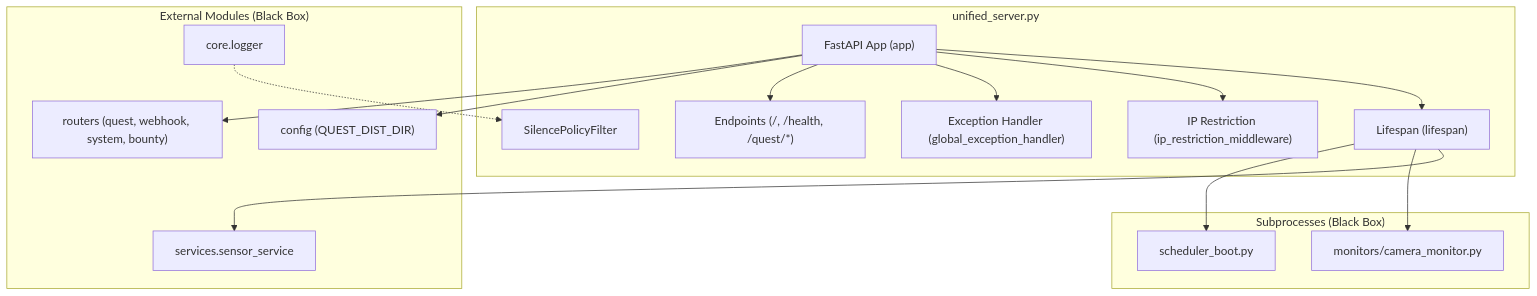
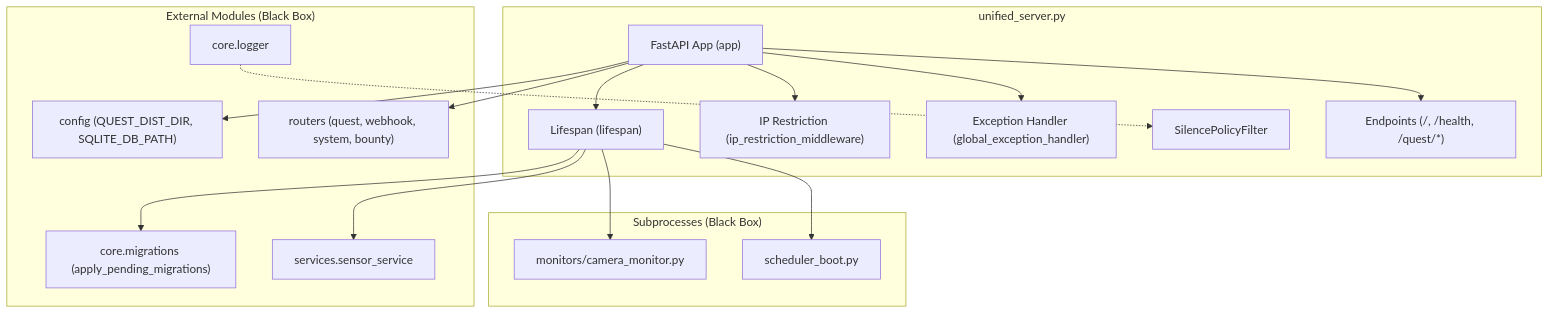
The second of 2 diagrams in docs/specifications/MY_HOME_SYSTEM/unified_server.md (mmtigers/my_python_project), drawn with Mermaid before and after one commit. The commit also changed other lines of this file and 8 other files, not shown here.

````diff
--- a/docs/specifications/MY_HOME_SYSTEM/unified_server.md
+++ b/docs/specifications/MY_HOME_SYSTEM/unified_server.md
@@ -277,38 +280,40 @@
 ```mermaid
 graph TD
     subgraph "unified_server.py"
         App["FastAPI App (app)"]
         Lifespan["Lifespan (lifespan)"]
         Middleware["IP Restriction (ip_restriction_middleware)"]
         ExceptionH["Exception Handler (global_exception_handler)"]
         LogFilter["SilencePolicyFilter"]
         Endpoints["Endpoints (/, /health, /quest/*)"]
     end
 
     App --> Lifespan
     App --> Middleware
     App --> ExceptionH
     App --> Endpoints
 
     subgraph "External Modules (Black Box)"
-        Config["config (QUEST_DIST_DIR)"]
+        Config["config (QUEST_DIST_DIR, SQLITE_DB_PATH)"]
         Logger["core.logger"]
+        Migrations["core.migrations (apply_pending_migrations)"]
         Sensors["services.sensor_service"]
         Routers["routers (quest, webhook, system, bounty)"]
     end
 
     subgraph "Subprocesses (Black Box)"
         Camera["monitors/camera_monitor.py"]
         Scheduler["scheduler_boot.py"]
     end
 
     App --> Config
     Lifespan --> Sensors
+    Lifespan --> Migrations
     App --> Routers
     
     Lifespan --> Camera
     Lifespan --> Scheduler
     
     Logger -.-> LogFilter
 
 ```
````
